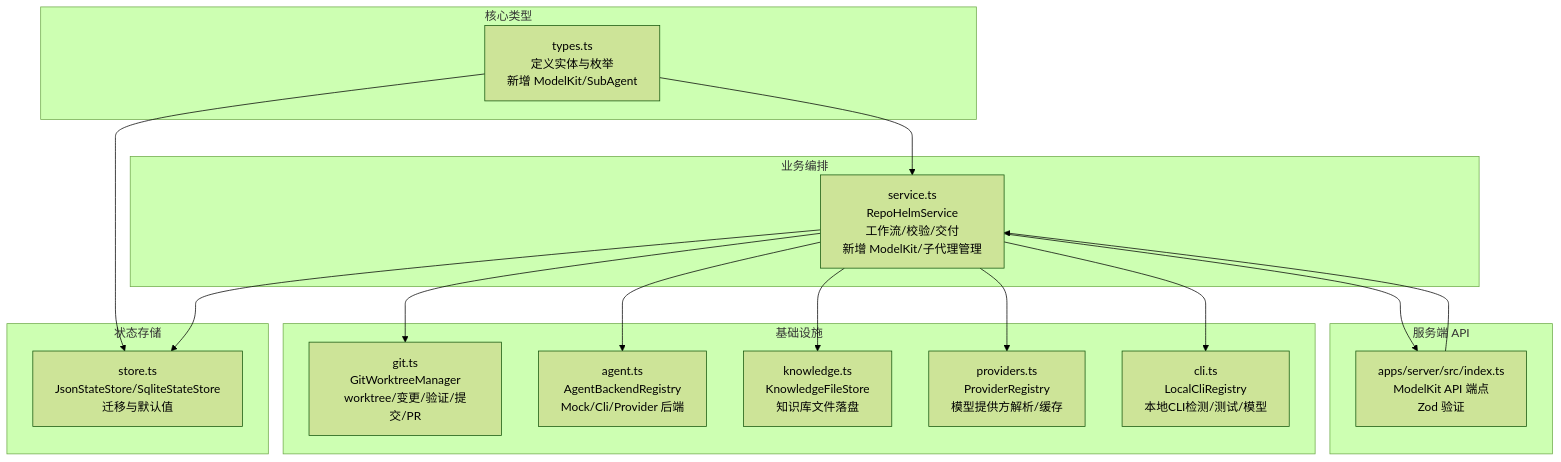
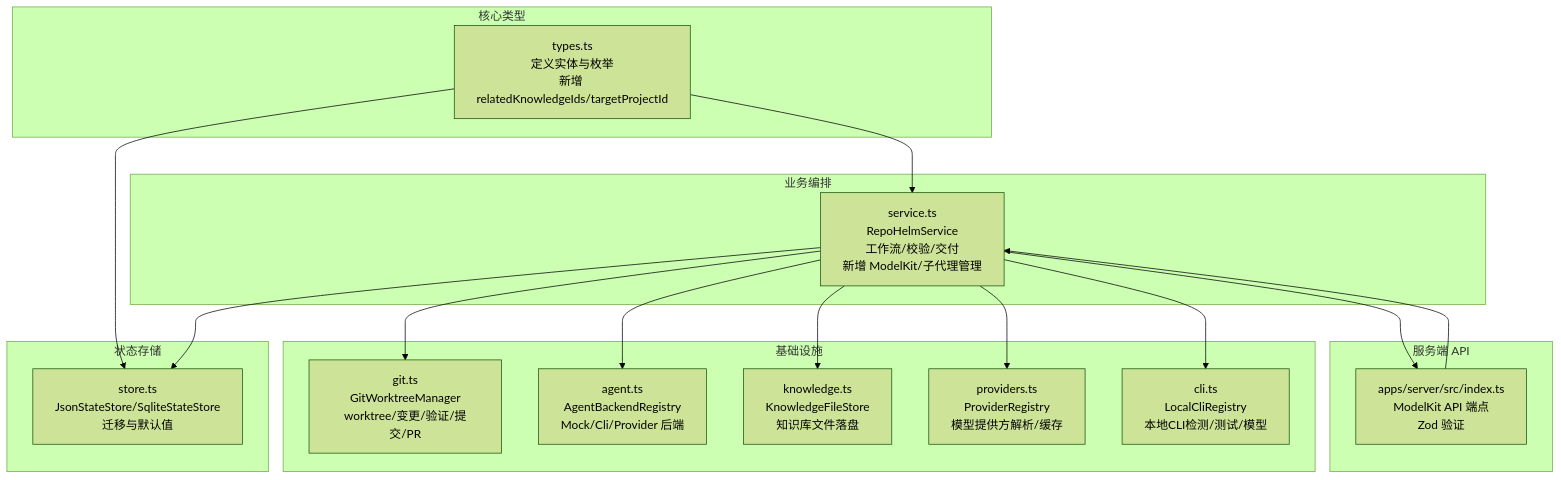
Before and after one commit to coconilu/RepoHelm: the first of 6 diagrams in .qoder/repowiki/zh/content/数据模型和类型系统/数据模型和类型系统.md, drawn with Mermaid (forest theme). The commit also changed other lines of this file and 16 other files, not shown here.

````diff
--- a/.qoder/repowiki/zh/content/数据模型和类型系统/数据模型和类型系统.md
+++ b/.qoder/repowiki/zh/content/数据模型和类型系统/数据模型和类型系统.md
@@ -48,32 +48,32 @@
 ```mermaid
 graph TB
 subgraph "核心类型"
-T1["types.ts<br/>定义实体与枚举<br/>新增 ModelKit/SubAgent"]
+T1["types.ts<br/>定义实体与枚举<br/>新增 relatedKnowledgeIds/targetProjectId"]
 end
 subgraph "状态存储"
 S1["store.ts<br/>JsonStateStore/SqliteStateStore<br/>迁移与默认值"]
 end
 subgraph "业务编排"
 B1["service.ts<br/>RepoHelmService<br/>工作流/校验/交付<br/>新增 ModelKit/子代理管理"]
 end
 subgraph "基础设施"
 G1["git.ts<br/>GitWorktreeManager<br/>worktree/变更/验证/提交/PR"]
 A1["agent.ts<br/>AgentBackendRegistry<br/>Mock/Cli/Provider 后端"]
 K1["knowledge.ts<br/>KnowledgeFileStore<br/>知识库文件落盘"]
 P1["providers.ts<br/>ProviderRegistry<br/>模型提供方解析/缓存"]
 C1["cli.ts<br/>LocalCliRegistry<br/>本地CLI检测/测试/模型"]
 end
 subgraph "服务端 API"
 API["apps/server/src/index.ts<br/>ModelKit API 端点<br/>Zod 验证"]
 end
 T1 --> S1
 T1 --> B1
 B1 --> S1
 B1 --> G1
 B1 --> A1
 B1 --> K1
 B1 --> P1
 B1 --> C1
 B1 --> API
 API --> B1
 ```
````
